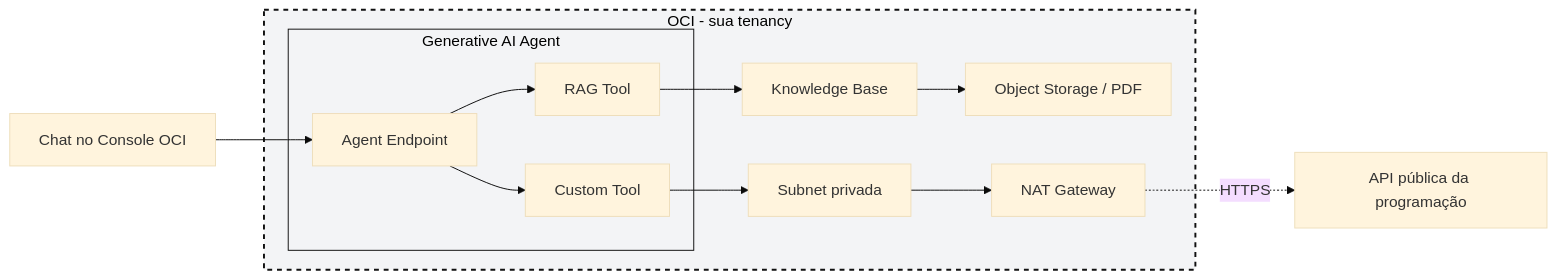
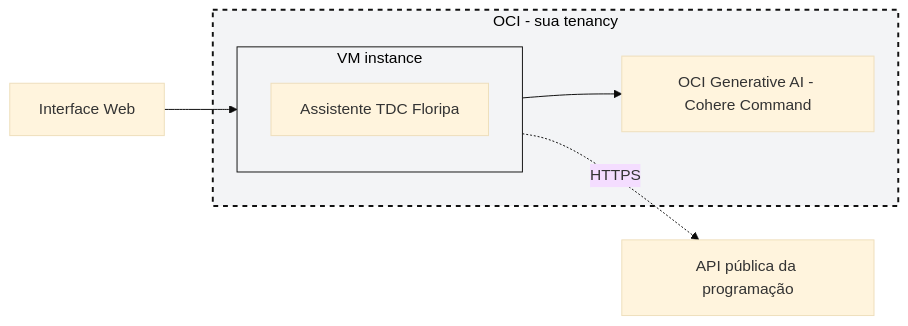
One commit to LiviaFernandes/tdc-oci-ai-agents-terraform-lab changed the diagram in README.md. Above: the diagram before and after it, drawn with Mermaid (base theme). The commit also changed other lines of this file and 17 other files, not shown here.

Commit message:
Migra de OCI Generative AI Agents para abordagem IaaS (VM + OCI Generative AI)

````diff
--- a/README.md
+++ b/README.md
@@ -35,30 +34,21 @@
 ```mermaid
 flowchart LR
-    Chat["Chat no Console OCI"]
+    Chat["Interface Web"]
 
     subgraph OCI["OCI - sua tenancy"]
-        subgraph Agent["Generative AI Agent"]
-            Endpoint["Agent Endpoint"]
-            RAGTool["RAG Tool"]
-            CustomTool["Custom Tool"]
+        subgraph VM["VM instance"]
+            App["Assistente TDC Floripa"]
         end
-        KB["Knowledge Base"]
-        Bucket["Object Storage / PDF"]
-        Subnet["Subnet privada"]
-        NAT["NAT Gateway"]
+        Model["OCI Generative AI - Cohere Command"]
+
+        VM --> Model
     end
 
     API["API pública da programação"]
 
-    Chat --> Endpoint
-    Endpoint --> RAGTool
-    Endpoint --> CustomTool
-    RAGTool --> KB
-    KB --> Bucket
-    CustomTool --> Subnet
-    Subnet --> NAT
-    NAT -.HTTPS.-> API
+    Chat --> VM
+    VM -.HTTPS.-> API
 
     style OCI fill:#f3f4f6,stroke:#111111,stroke-width:2px,stroke-dasharray: 5 5,color:#000000
-    style Agent fill:#f3f4f6,stroke:#111111,stroke-width:1px,color:#000000
+    style VM fill:#f3f4f6,stroke:#111111,stroke-width:1px,color:#000000
 ```
````
